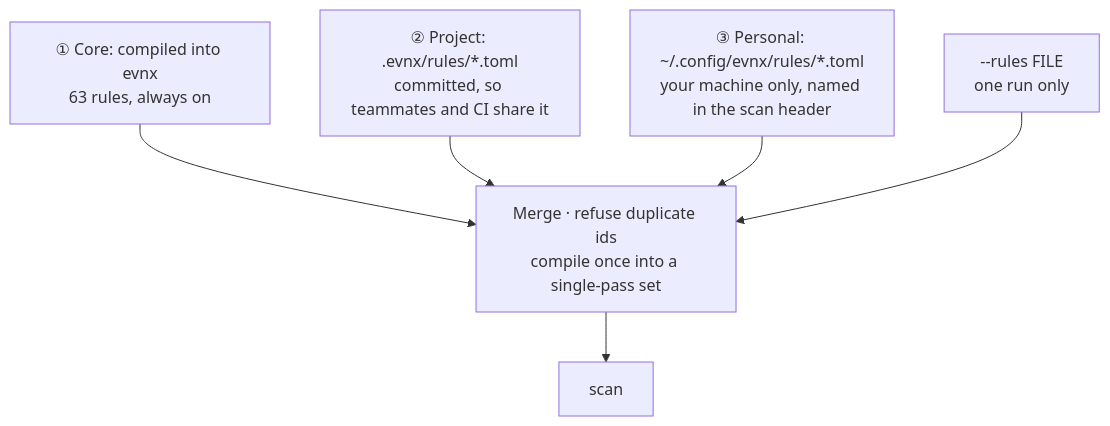
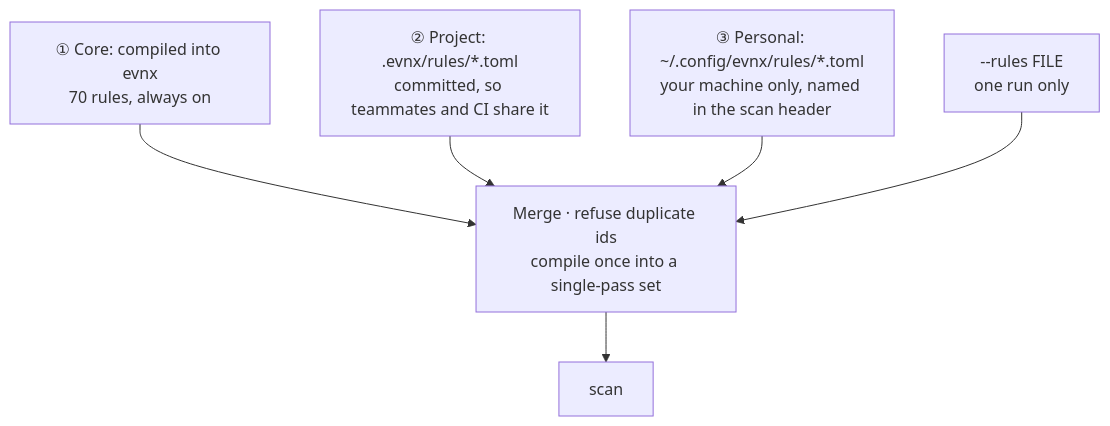
Before and after one commit to urwithajit9/evnx-web: the first of 2 diagrams in packages/docs-content/guides/reference/scan-rules-and-packs.mdx, drawn with Mermaid. The commit also changed other lines of this file, not shown here.

Commit message:
docs(reference): scan rules and packs: 70 core rules; packs are trusted by sha256, not scanned

````diff
--- a/packages/docs-content/guides/reference/scan-rules-and-packs.mdx
+++ b/packages/docs-content/guides/reference/scan-rules-and-packs.mdx
@@ -33,14 +33,14 @@
 ```mermaid
 flowchart TB
-    C["① Core: compiled into evnx<br/>63 rules, always on"]
+    C["① Core: compiled into evnx<br/>70 rules, always on"]
     P["② Project: .evnx/rules/*.toml<br/>committed, so teammates and CI share it"]
     H["③ Personal: ~/.config/evnx/rules/*.toml<br/>your machine only, named in the scan header"]
     F["--rules FILE<br/>one run only"]
     M["Merge · refuse duplicate ids<br/>compile once into a single-pass set"]
     S["scan"]
     C --> M
     P --> M
     H --> M
     F --> M
     M --> S
 ```
````
